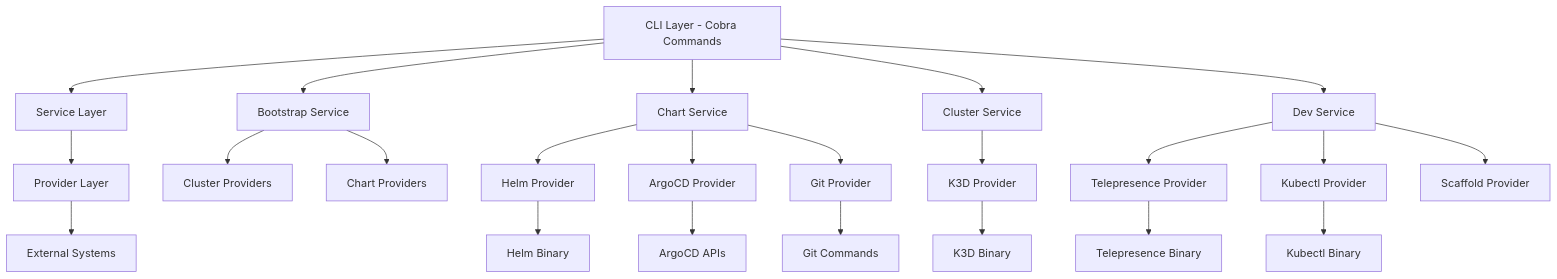
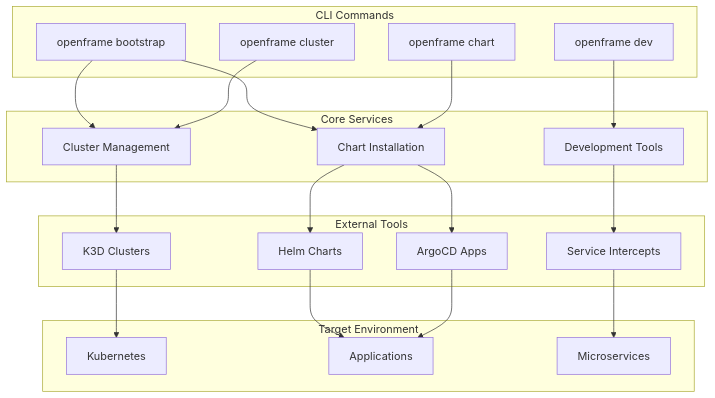
The diagram in README.md (Praesto-Pro/openframe-cli), drawn with Mermaid before and after one commit. The commit also changed other lines of this file and 19 other files, not shown here.

````diff
--- a/README.md
+++ b/README.md
@@ -113,31 +51,44 @@
 ```mermaid
 graph TB
-    CLI[CLI Layer - Cobra Commands] --> Services[Service Layer]
-    Services --> Providers[Provider Layer]
-    Providers --> External[External Systems]
+    subgraph "CLI Commands"
+        Bootstrap[openframe bootstrap]
+        Cluster[openframe cluster]
+        Chart[openframe chart]
+        Dev[openframe dev]
+    end
     
-    CLI --> Bootstrap[Bootstrap Service]
-    CLI --> Chart[Chart Service]
-    CLI --> Cluster[Cluster Service]
-    CLI --> Dev[Dev Service]
+    subgraph "Core Services"
+        ClusterSvc[Cluster Management]
+        ChartSvc[Chart Installation]
+        DevSvc[Development Tools]
+    end
     
-    Bootstrap --> ClusterProviders[Cluster Providers]
-    Bootstrap --> ChartProviders[Chart Providers]
+    subgraph "External Tools"
+        K3D[K3D Clusters]
+        Helm[Helm Charts]
+        ArgoCD[ArgoCD Apps]
+        Telepresence[Service Intercepts]
+    end
     
-    Chart --> Helm[Helm Provider]
-    Chart --> ArgoCD[ArgoCD Provider]
-    Chart --> Git[Git Provider]
+    subgraph "Target Environment"
+        K8s[Kubernetes]
+        Apps[Applications]
+        Services[Microservices]
+    end
     
-    Cluster --> K3D[K3D Provider]
+    Bootstrap --> ClusterSvc
+    Bootstrap --> ChartSvc
+    Cluster --> ClusterSvc
+    Chart --> ChartSvc
+    Dev --> DevSvc
     
-    Dev --> Telepresence[Telepresence Provider]
-    Dev --> Kubectl[Kubectl Provider]
-    Dev --> Scaffold[Scaffold Provider]
+    ClusterSvc --> K3D
+    ChartSvc --> Helm
+    ChartSvc --> ArgoCD
+    DevSvc --> Telepresence
     
-    Helm --> HelmBinary[Helm Binary]
-    ArgoCD --> ArgoCDAPI[ArgoCD APIs]
-    Git --> GitCommands[Git Commands]
-    K3D --> K3DBinary[K3D Binary]
-    Telepresence --> TelepresenceBinary[Telepresence Binary]
-    Kubectl --> KubectlBinary[Kubectl Binary]
+    K3D --> K8s
+    Helm --> Apps
+    ArgoCD --> Apps
+    Telepresence --> Services
 ```
````
